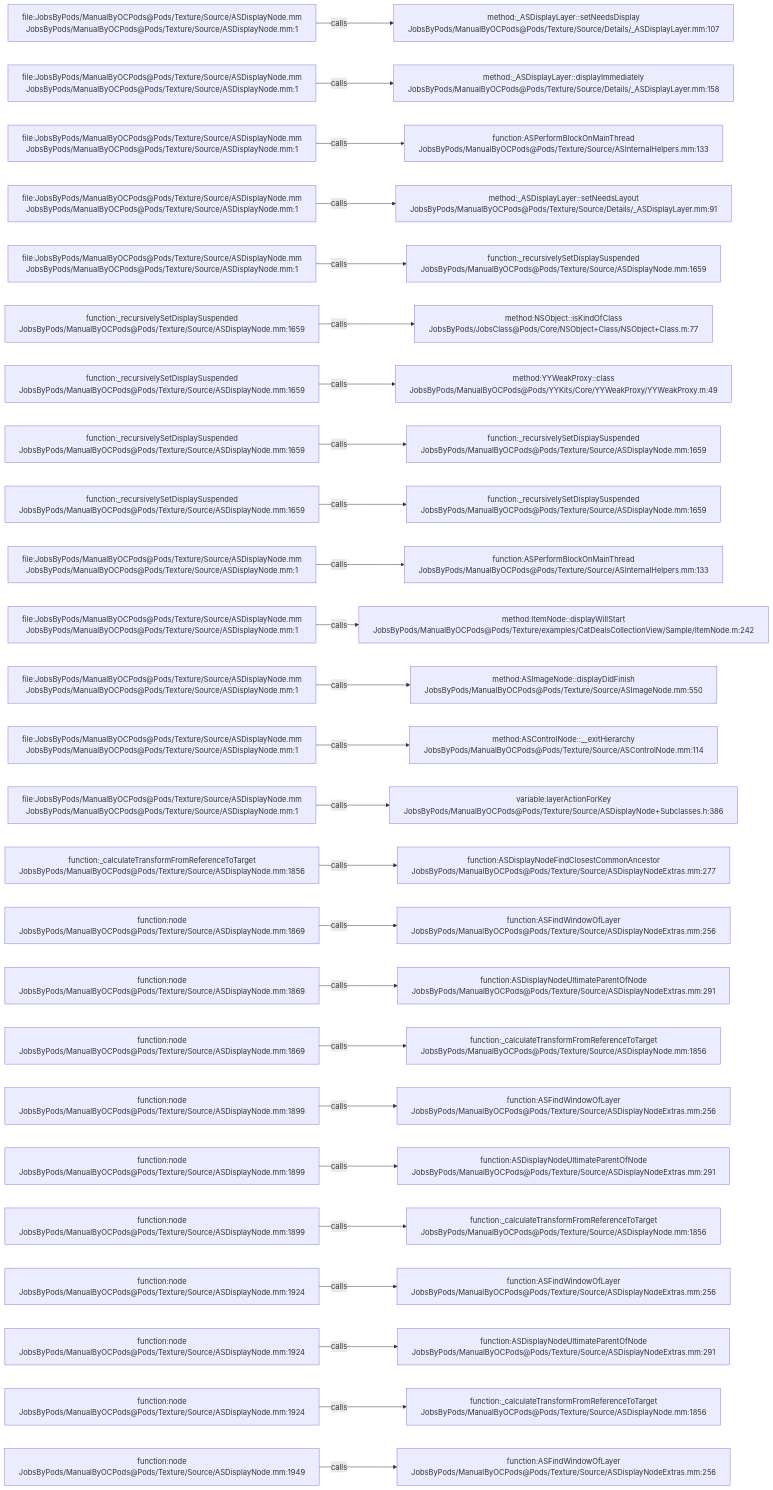
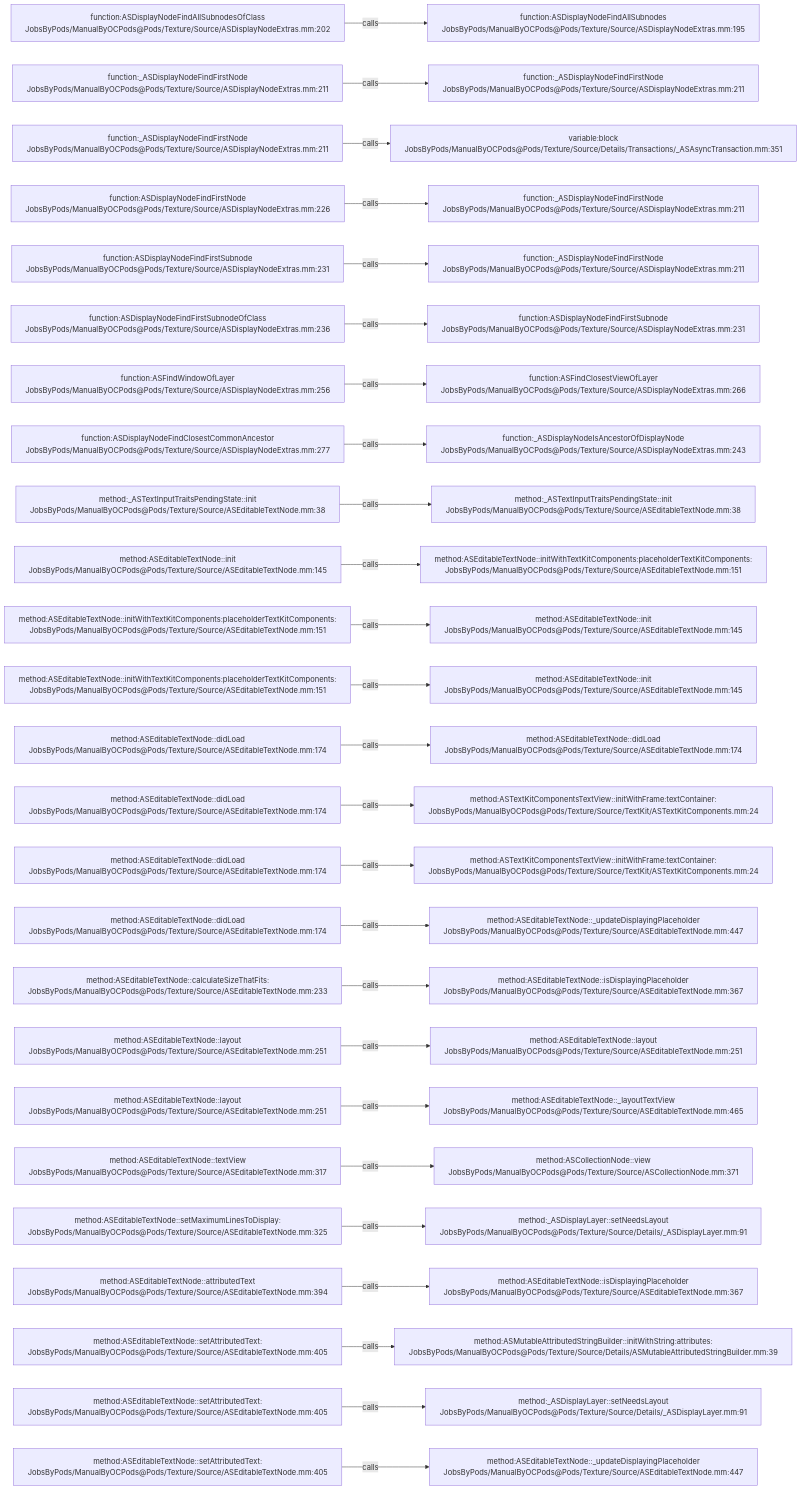
Before and after one commit to JobsKits/JobsOCBaseConfigDemo: the diagram in .codegraph/codegraph.md/graphs/calls-092.md, drawn with Mermaid. The commit also changed 2723 other files, not shown here.

````diff
--- a/.codegraph/codegraph.md/graphs/calls-092.md
+++ b/.codegraph/codegraph.md/graphs/calls-092.md
@@ -13,78 +13,78 @@
 ```mermaid
 flowchart LR
-  S1["file:JobsByPods/ManualByOCPods@Pods/Texture/Source/ASDisplayNode.mm<br/>JobsByPods/ManualByOCPods@Pods/Texture/Source/ASDisplayNode.mm:1"]
-  T1["method:_ASDisplayLayer::setNeedsDisplay<br/>JobsByPods/ManualByOCPods@Pods/Texture/Source/Details/_ASDisplayLayer.mm:107"]
+  S1["function:ASDisplayNodeFindAllSubnodesOfClass<br/>JobsByPods/ManualByOCPods@Pods/Texture/Source/ASDisplayNodeExtras.mm:202"]
+  T1["function:ASDisplayNodeFindAllSubnodes<br/>JobsByPods/ManualByOCPods@Pods/Texture/Source/ASDisplayNodeExtras.mm:195"]
   S1 -->|calls| T1
-  S2["file:JobsByPods/ManualByOCPods@Pods/Texture/Source/ASDisplayNode.mm<br/>JobsByPods/ManualByOCPods@Pods/Texture/Source/ASDisplayNode.mm:1"]
-  T2["method:_ASDisplayLayer::displayImmediately<br/>JobsByPods/ManualByOCPods@Pods/Texture/Source/Details/_ASDisplayLayer.mm:158"]
+  S2["function:_ASDisplayNodeFindFirstNode<br/>JobsByPods/ManualByOCPods@Pods/Texture/Source/ASDisplayNodeExtras.mm:211"]
+  T2["function:_ASDisplayNodeFindFirstNode<br/>JobsByPods/ManualByOCPods@Pods/Texture/Source/ASDisplayNodeExtras.mm:211"]
   S2 -->|calls| T2
-  S3["file:JobsByPods/ManualByOCPods@Pods/Texture/Source/ASDisplayNode.mm<br/>JobsByPods/ManualByOCPods@Pods/Texture/Source/ASDisplayNode.mm:1"]
-  T3["function:ASPerformBlockOnMainThread<br/>JobsByPods/ManualByOCPods@Pods/Texture/Source/ASInternalHelpers.mm:133"]
+  S3["function:_ASDisplayNodeFindFirstNode<br/>JobsByPods/ManualByOCPods@Pods/Texture/Source/ASDisplayNodeExtras.mm:211"]
+  T3["variable:block<br/>JobsByPods/ManualByOCPods@Pods/Texture/Source/Details/Transactions/_ASAsyncTransaction.mm:351"]
   S3 -->|calls| T3
-  S4["file:JobsByPods/ManualByOCPods@Pods/Texture/Source/ASDisplayNode.mm<br/>JobsByPods/ManualByOCPods@Pods/Texture/Source/ASDisplayNode.mm:1"]
-  T4["method:_ASDisplayLayer::setNeedsLayout<br/>JobsByPods/ManualByOCPods@Pods/Texture/Source/Details/_ASDisplayLayer.mm:91"]
+  S4["function:ASDisplayNodeFindFirstNode<br/>JobsByPods/ManualByOCPods@Pods/Texture/Source/ASDisplayNodeExtras.mm:226"]
+  T4["function:_ASDisplayNodeFindFirstNode<br/>JobsByPods/ManualByOCPods@Pods/Texture/Source/ASDisplayNodeExtras.mm:211"]
   S4 -->|calls| T4
-  S5["file:JobsByPods/ManualByOCPods@Pods/Texture/Source/ASDisplayNode.mm<br/>JobsByPods/ManualByOCPods@Pods/Texture/Source/ASDisplayNode.mm:1"]
-  T5["function:_recursivelySetDisplaySuspended<br/>JobsByPods/ManualByOCPods@Pods/Texture/Source/ASDisplayNode.mm:1659"]
+  S5["function:ASDisplayNodeFindFirstSubnode<br/>JobsByPods/ManualByOCPods@Pods/Texture/Source/ASDisplayNodeExtras.mm:231"]
+  T5["function:_ASDisplayNodeFindFirstNode<br/>JobsByPods/ManualByOCPods@Pods/Texture/Source/ASDisplayNodeExtras.mm:211"]
   S5 -->|calls| T5
-  S6["function:_recursivelySetDisplaySuspended<br/>JobsByPods/ManualByOCPods@Pods/Texture/Source/ASDisplayNode.mm:1659"]
-  T6["method:NSObject::isKindOfClass<br/>JobsByPods/JobsClass@Pods/Core/NSObject+Class/NSObject+Class.m:77"]
+  S6["function:ASDisplayNodeFindFirstSubnodeOfClass<br/>JobsByPods/ManualByOCPods@Pods/Texture/Source/ASDisplayNodeExtras.mm:236"]
+  T6["function:ASDisplayNodeFindFirstSubnode<br/>JobsByPods/ManualByOCPods@Pods/Texture/Source/ASDisplayNodeExtras.mm:231"]
   S6 -->|calls| T6
-  S7["function:_recursivelySetDisplaySuspended<br/>JobsByPods/ManualByOCPods@Pods/Texture/Source/ASDisplayNode.mm:1659"]
-  T7["method:YYWeakProxy::class<br/>JobsByPods/ManualByOCPods@Pods/YYKits/Core/YYWeakProxy/YYWeakProxy.m:49"]
+  S7["function:ASFindWindowOfLayer<br/>JobsByPods/ManualByOCPods@Pods/Texture/Source/ASDisplayNodeExtras.mm:256"]
+  T7["function:ASFindClosestViewOfLayer<br/>JobsByPods/ManualByOCPods@Pods/Texture/Source/ASDisplayNodeExtras.mm:266"]
   S7 -->|calls| T7
-  S8["function:_recursivelySetDisplaySuspended<br/>JobsByPods/ManualByOCPods@Pods/Texture/Source/ASDisplayNode.mm:1659"]
-  T8["function:_recursivelySetDisplaySuspended<br/>JobsByPods/ManualByOCPods@Pods/Texture/Source/ASDisplayNode.mm:1659"]
+  S8["function:ASDisplayNodeFindClosestCommonAncestor<br/>JobsByPods/ManualByOCPods@Pods/Texture/Source/ASDisplayNodeExtras.mm:277"]
+  T8["function:_ASDisplayNodeIsAncestorOfDisplayNode<br/>JobsByPods/ManualByOCPods@Pods/Texture/Source/ASDisplayNodeExtras.mm:243"]
   S8 -->|calls| T8
-  S9["function:_recursivelySetDisplaySuspended<br/>JobsByPods/ManualByOCPods@Pods/Texture/Source/ASDisplayNode.mm:1659"]
-  T9["function:_recursivelySetDisplaySuspended<br/>JobsByPods/ManualByOCPods@Pods/Texture/Source/ASDisplayNode.mm:1659"]
+  S9["method:_ASTextInputTraitsPendingState::init<br/>JobsByPods/ManualByOCPods@Pods/Texture/Source/ASEditableTextNode.mm:38"]
+  T9["method:_ASTextInputTraitsPendingState::init<br/>JobsByPods/ManualByOCPods@Pods/Texture/Source/ASEditableTextNode.mm:38"]
   S9 -->|calls| T9
-  S10["file:JobsByPods/ManualByOCPods@Pods/Texture/Source/ASDisplayNode.mm<br/>JobsByPods/ManualByOCPods@Pods/Texture/Source/ASDisplayNode.mm:1"]
-  T10["function:ASPerformBlockOnMainThread<br/>JobsByPods/ManualByOCPods@Pods/Texture/Source/ASInternalHelpers.mm:133"]
+  S10["method:ASEditableTextNode::init<br/>JobsByPods/ManualByOCPods@Pods/Texture/Source/ASEditableTextNode.mm:145"]
+  T10["method:ASEditableTextNode::initWithTextKitComponents:placeholderTextKitComponents:<br/>JobsByPods/ManualByOCPods@Pods/Texture/Source/ASEditableTextNode.mm:151"]
   S10 -->|calls| T10
-  S11["file:JobsByPods/ManualByOCPods@Pods/Texture/Source/ASDisplayNode.mm<br/>JobsByPods/ManualByOCPods@Pods/Texture/Source/ASDisplayNode.mm:1"]
-  T11["method:ItemNode::displayWillStart<br/>JobsByPods/ManualByOCPods@Pods/Texture/examples/CatDealsCollectionView/Sample/ItemNode.m:242"]
+  S11["method:ASEditableTextNode::initWithTextKitComponents:placeholderTextKitComponents:<br/>JobsByPods/ManualByOCPods@Pods/Texture/Source/ASEditableTextNode.mm:151"]
+  T11["method:ASEditableTextNode::init<br/>JobsByPods/ManualByOCPods@Pods/Texture/Source/ASEditableTextNode.mm:145"]
   S11 -->|calls| T11
-  S12["file:JobsByPods/ManualByOCPods@Pods/Texture/Source/ASDisplayNode.mm<br/>JobsByPods/ManualByOCPods@Pods/Texture/Source/ASDisplayNode.mm:1"]
-  T12["method:ASImageNode::displayDidFinish<br/>JobsByPods/ManualByOCPods@Pods/Texture/Source/ASImageNode.mm:550"]
+  S12["method:ASEditableTextNode::initWithTextKitComponents:placeholderTextKitComponents:<br/>JobsByPods/ManualByOCPods@Pods/Texture/Source/ASEditableTextNode.mm:151"]
+  T12["method:ASEditableTextNode::init<br/>JobsByPods/ManualByOCPods@Pods/Texture/Source/ASEditableTextNode.mm:145"]
   S12 -->|calls| T12
-  S13["file:JobsByPods/ManualByOCPods@Pods/Texture/Source/ASDisplayNode.mm<br/>JobsByPods/ManualByOCPods@Pods/Texture/Source/ASDisplayNode.mm:1"]
-  T13["method:ASControlNode::__exitHierarchy<br/>JobsByPods/ManualByOCPods@Pods/Texture/Source/ASControlNode.mm:114"]
+  S13["method:ASEditableTextNode::didLoad<br/>JobsByPods/ManualByOCPods@Pods/Texture/Source/ASEditableTextNode.mm:174"]
+  T13["method:ASEditableTextNode::didLoad<br/>JobsByPods/ManualByOCPods@Pods/Texture/Source/ASEditableTextNode.mm:174"]
   S13 -->|calls| T13
-  S14["file:JobsByPods/ManualByOCPods@Pods/Texture/Source/ASDisplayNode.mm<br/>JobsByPods/ManualByOCPods@Pods/Texture/Source/ASDisplayNode.mm:1"]
-  T14["variable:layerActionForKey<br/>JobsByPods/ManualByOCPods@Pods/Texture/Source/ASDisplayNode+Subclasses.h:386"]
+  S14["method:ASEditableTextNode::didLoad<br/>JobsByPods/ManualByOCPods@Pods/Texture/Source/ASEditableTextNode.mm:174"]
+  T14["method:ASTextKitComponentsTextView::initWithFrame:textContainer:<br/>JobsByPods/ManualByOCPods@Pods/Texture/Source/TextKit/ASTextKitComponents.mm:24"]
   S14 -->|calls| T14
-  S15["function:_calculateTransformFromReferenceToTarget<br/>JobsByPods/ManualByOCPods@Pods/Texture/Source/ASDisplayNode.mm:1856"]
-  T15["function:ASDisplayNodeFindClosestCommonAncestor<br/>JobsByPods/ManualByOCPods@Pods/Texture/Source/ASDisplayNodeExtras.mm:277"]
+  S15["method:ASEditableTextNode::didLoad<br/>JobsByPods/ManualByOCPods@Pods/Texture/Source/ASEditableTextNode.mm:174"]
+  T15["method:ASTextKitComponentsTextView::initWithFrame:textContainer:<br/>JobsByPods/ManualByOCPods@Pods/Texture/Source/TextKit/ASTextKitComponents.mm:24"]
   S15 -->|calls| T15
-  S16["function:node<br/>JobsByPods/ManualByOCPods@Pods/Texture/Source/ASDisplayNode.mm:1869"]
-  T16["function:ASFindWindowOfLayer<br/>JobsByPods/ManualByOCPods@Pods/Texture/Source/ASDisplayNodeExtras.mm:256"]
+  S16["method:ASEditableTextNode::didLoad<br/>JobsByPods/ManualByOCPods@Pods/Texture/Source/ASEditableTextNode.mm:174"]
+  T16["method:ASEditableTextNode::_updateDisplayingPlaceholder<br/>JobsByPods/ManualByOCPods@Pods/Texture/Source/ASEditableTextNode.mm:447"]
   S16 -->|calls| T16
-  S17["function:node<br/>JobsByPods/ManualByOCPods@Pods/Texture/Source/ASDisplayNode.mm:1869"]
-  T17["function:ASDisplayNodeUltimateParentOfNode<br/>JobsByPods/ManualByOCPods@Pods/Texture/Source/ASDisplayNodeExtras.mm:291"]
+  S17["method:ASEditableTextNode::calculateSizeThatFits:<br/>JobsByPods/ManualByOCPods@Pods/Texture/Source/ASEditableTextNode.mm:233"]
+  T17["method:ASEditableTextNode::isDisplayingPlaceholder<br/>JobsByPods/ManualByOCPods@Pods/Texture/Source/ASEditableTextNode.mm:367"]
   S17 -->|calls| T17
-  S18["function:node<br/>JobsByPods/ManualByOCPods@Pods/Texture/Source/ASDisplayNode.mm:1869"]
-  T18["function:_calculateTransformFromReferenceToTarget<br/>JobsByPods/ManualByOCPods@Pods/Texture/Source/ASDisplayNode.mm:1856"]
+  S18["method:ASEditableTextNode::layout<br/>JobsByPods/ManualByOCPods@Pods/Texture/Source/ASEditableTextNode.mm:251"]
+  T18["method:ASEditableTextNode::layout<br/>JobsByPods/ManualByOCPods@Pods/Texture/Source/ASEditableTextNode.mm:251"]
   S18 -->|calls| T18
-  S19["function:node<br/>JobsByPods/ManualByOCPods@Pods/Texture/Source/ASDisplayNode.mm:1899"]
-  T19["function:ASFindWindowOfLayer<br/>JobsByPods/ManualByOCPods@Pods/Texture/Source/ASDisplayNodeExtras.mm:256"]
+  S19["method:ASEditableTextNode::layout<br/>JobsByPods/ManualByOCPods@Pods/Texture/Source/ASEditableTextNode.mm:251"]
+  T19["method:ASEditableTextNode::_layoutTextView<br/>JobsByPods/ManualByOCPods@Pods/Texture/Source/ASEditableTextNode.mm:465"]
   S19 -->|calls| T19
-  S20["function:node<br/>JobsByPods/ManualByOCPods@Pods/Texture/Source/ASDisplayNode.mm:1899"]
-  T20["function:ASDisplayNodeUltimateParentOfNode<br/>JobsByPods/ManualByOCPods@Pods/Texture/Source/ASDisplayNodeExtras.mm:291"]
+  S20["method:ASEditableTextNode::textView<br/>JobsByPods/ManualByOCPods@Pods/Texture/Source/ASEditableTextNode.mm:317"]
+  T20["method:ASCollectionNode::view<br/>JobsByPods/ManualByOCPods@Pods/Texture/Source/ASCollectionNode.mm:371"]
   S20 -->|calls| T20
-  S21["function:node<br/>JobsByPods/ManualByOCPods@Pods/Texture/Source/ASDisplayNode.mm:1899"]
-  T21["function:_calculateTransformFromReferenceToTarget<br/>JobsByPods/ManualByOCPods@Pods/Texture/Source/ASDisplayNode.mm:1856"]
+  S21["method:ASEditableTextNode::setMaximumLinesToDisplay:<br/>JobsByPods/ManualByOCPods@Pods/Texture/Source/ASEditableTextNode.mm:325"]
+  T21["method:_ASDisplayLayer::setNeedsLayout<br/>JobsByPods/ManualByOCPods@Pods/Texture/Source/Details/_ASDisplayLayer.mm:91"]
   S21 -->|calls| T21
-  S22["function:node<br/>JobsByPods/ManualByOCPods@Pods/Texture/Source/ASDisplayNode.mm:1924"]
-  T22["function:ASFindWindowOfLayer<br/>JobsByPods/ManualByOCPods@Pods/Texture/Source/ASDisplayNodeExtras.mm:256"]
+  S22["method:ASEditableTextNode::attributedText<br/>JobsByPods/ManualByOCPods@Pods/Texture/Source/ASEditableTextNode.mm:394"]
+  T22["method:ASEditableTextNode::isDisplayingPlaceholder<br/>JobsByPods/ManualByOCPods@Pods/Texture/Source/ASEditableTextNode.mm:367"]
   S22 -->|calls| T22
-  S23["function:node<br/>JobsByPods/ManualByOCPods@Pods/Texture/Source/ASDisplayNode.mm:1924"]
-  T23["function:ASDisplayNodeUltimateParentOfNode<br/>JobsByPods/ManualByOCPods@Pods/Texture/Source/ASDisplayNodeExtras.mm:291"]
+  S23["method:ASEditableTextNode::setAttributedText:<br/>JobsByPods/ManualByOCPods@Pods/Texture/Source/ASEditableTextNode.mm:405"]
+  T23["method:ASMutableAttributedStringBuilder::initWithString:attributes:<br/>JobsByPods/ManualByOCPods@Pods/Texture/Source/Details/ASMutableAttributedStringBuilder.mm:39"]
   S23 -->|calls| T23
-  S24["function:node<br/>JobsByPods/ManualByOCPods@Pods/Texture/Source/ASDisplayNode.mm:1924"]
-  T24["function:_calculateTransformFromReferenceToTarget<br/>JobsByPods/ManualByOCPods@Pods/Texture/Source/ASDisplayNode.mm:1856"]
+  S24["method:ASEditableTextNode::setAttributedText:<br/>JobsByPods/ManualByOCPods@Pods/Texture/Source/ASEditableTextNode.mm:405"]
+  T24["method:_ASDisplayLayer::setNeedsLayout<br/>JobsByPods/ManualByOCPods@Pods/Texture/Source/Details/_ASDisplayLayer.mm:91"]
   S24 -->|calls| T24
-  S25["function:node<br/>JobsByPods/ManualByOCPods@Pods/Texture/Source/ASDisplayNode.mm:1949"]
-  T25["function:ASFindWindowOfLayer<br/>JobsByPods/ManualByOCPods@Pods/Texture/Source/ASDisplayNodeExtras.mm:256"]
+  S25["method:ASEditableTextNode::setAttributedText:<br/>JobsByPods/ManualByOCPods@Pods/Texture/Source/ASEditableTextNode.mm:405"]
+  T25["method:ASEditableTextNode::_updateDisplayingPlaceholder<br/>JobsByPods/ManualByOCPods@Pods/Texture/Source/ASEditableTextNode.mm:447"]
   S25 -->|calls| T25
 ```
````
